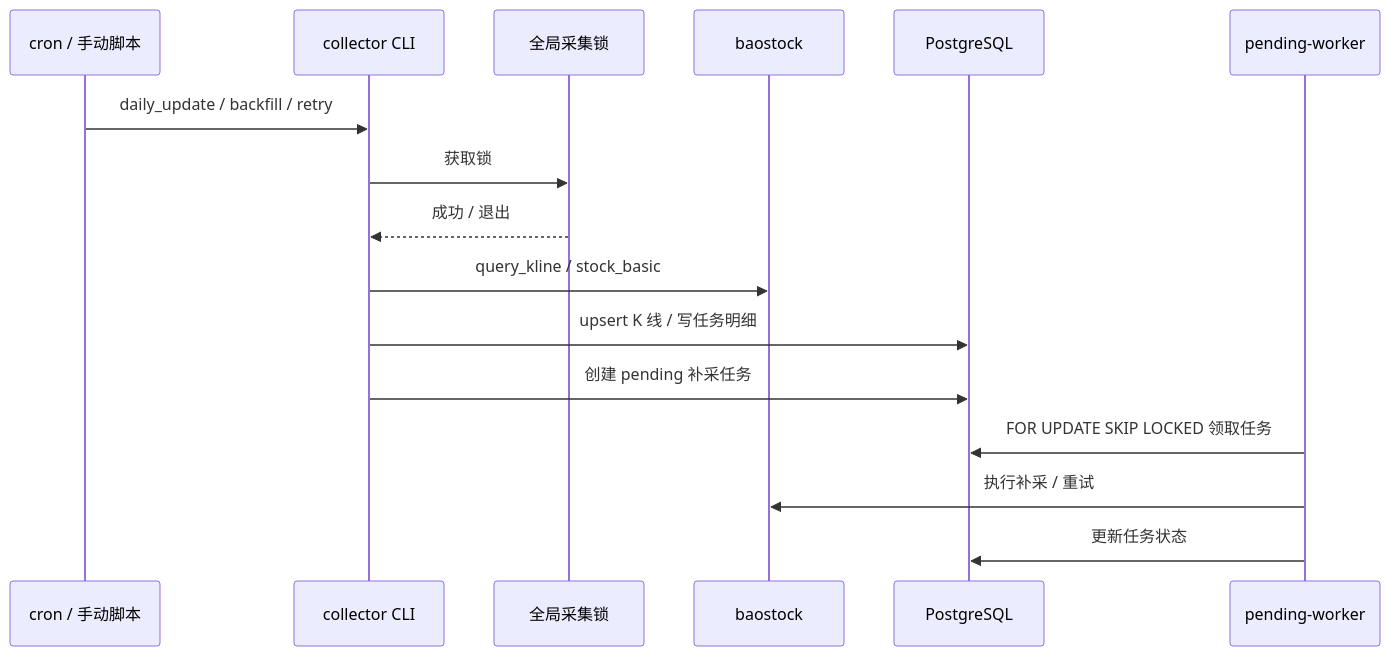
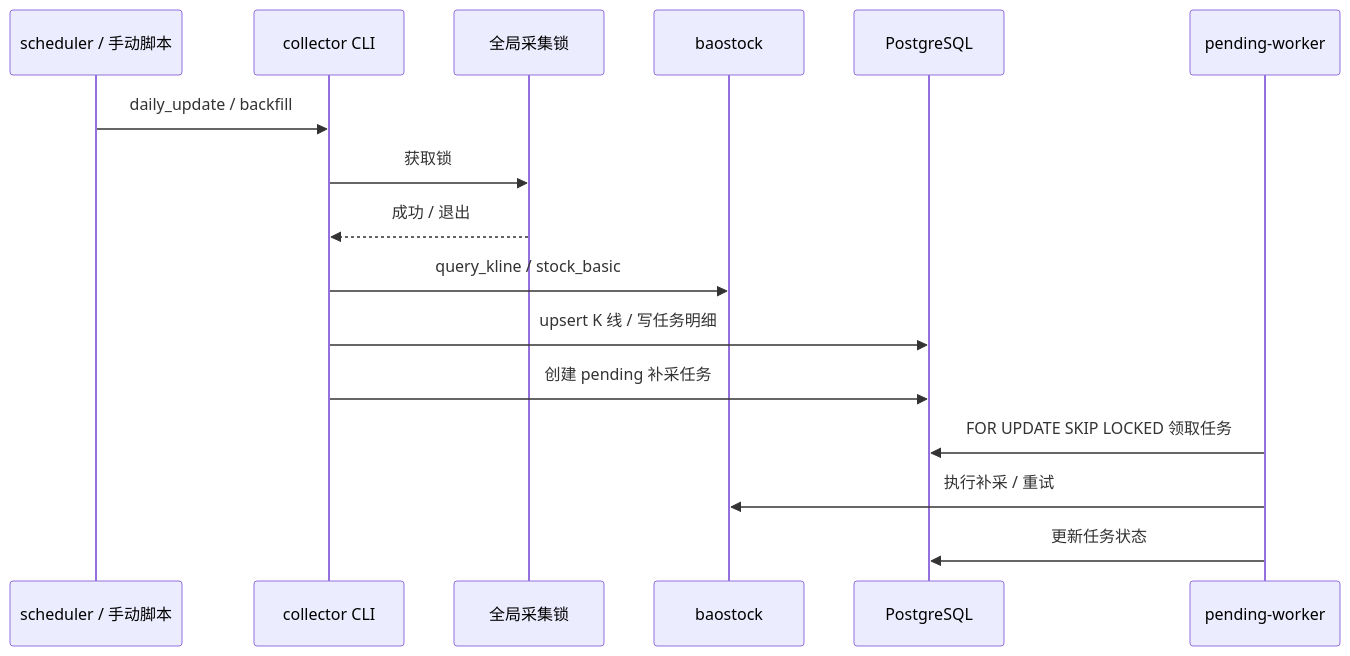
The second of 2 diagrams in README.md (doom2030/trade_data), drawn with Mermaid before and after one commit. The commit also changed other lines of this file and 9 other files, not shown here.

````diff
--- a/README.md
+++ b/README.md
@@ -87,19 +85,19 @@
 ```mermaid
 sequenceDiagram
-    participant Cron as cron / 手动脚本
+    participant Sched as scheduler / 手动脚本
     participant CLI as collector CLI
     participant Lock as 全局采集锁
     participant BS as baostock
     participant DB as PostgreSQL
     participant Worker as pending-worker
 
-    Cron->>CLI: daily_update / backfill / retry
+    Sched->>CLI: daily_update / backfill
     CLI->>Lock: 获取锁
     Lock-->>CLI: 成功 / 退出
     CLI->>BS: query_kline / stock_basic
     CLI->>DB: upsert K 线 / 写任务明细
     CLI->>DB: 创建 pending 补采任务
     Worker->>DB: FOR UPDATE SKIP LOCKED 领取任务
     Worker->>BS: 执行补采 / 重试
     Worker->>DB: 更新任务状态
 ```
````
